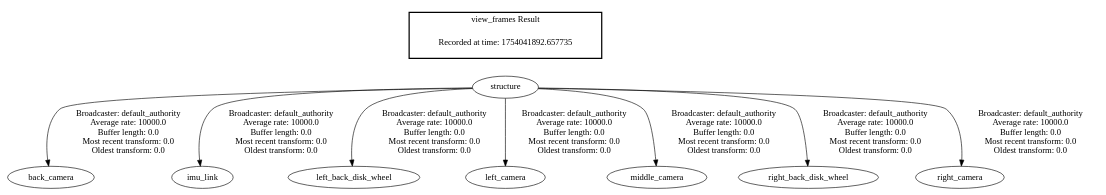
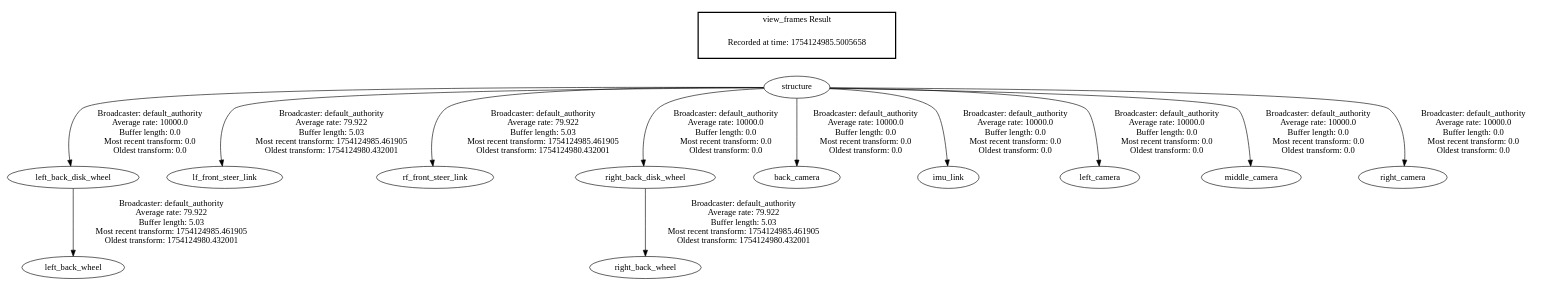
The diagram in frames.gv (sumin-2/erp42_ws), drawn with Graphviz before and after one commit. The commit also changed 224 other files, not shown here.

```diff
--- a/frames.gv
+++ b/frames.gv
@@ -1,13 +1,17 @@
 digraph G {
+"left_back_disk_wheel" -> "left_back_wheel"[label=" Broadcaster: default_authority\nAverage rate: 79.922\nBuffer length: 5.03\nMost recent transform: 1754124985.461905\nOldest transform: 1754124980.432001\n"];
+"structure" -> "left_back_disk_wheel"[label=" Broadcaster: default_authority\nAverage rate: 10000.0\nBuffer length: 0.0\nMost recent transform: 0.0\nOldest transform: 0.0\n"];
+"structure" -> "lf_front_steer_link"[label=" Broadcaster: default_authority\nAverage rate: 79.922\nBuffer length: 5.03\nMost recent transform: 1754124985.461905\nOldest transform: 1754124980.432001\n"];
+"structure" -> "rf_front_steer_link"[label=" Broadcaster: default_authority\nAverage rate: 79.922\nBuffer length: 5.03\nMost recent transform: 1754124985.461905\nOldest transform: 1754124980.432001\n"];
+"right_back_disk_wheel" -> "right_back_wheel"[label=" Broadcaster: default_authority\nAverage rate: 79.922\nBuffer length: 5.03\nMost recent transform: 1754124985.461905\nOldest transform: 1754124980.432001\n"];
+"structure" -> "right_back_disk_wheel"[label=" Broadcaster: default_authority\nAverage rate: 10000.0\nBuffer length: 0.0\nMost recent transform: 0.0\nOldest transform: 0.0\n"];
 "structure" -> "back_camera"[label=" Broadcaster: default_authority\nAverage rate: 10000.0\nBuffer length: 0.0\nMost recent transform: 0.0\nOldest transform: 0.0\n"];
 "structure" -> "imu_link"[label=" Broadcaster: default_authority\nAverage rate: 10000.0\nBuffer length: 0.0\nMost recent transform: 0.0\nOldest transform: 0.0\n"];
-"structure" -> "left_back_disk_wheel"[label=" Broadcaster: default_authority\nAverage rate: 10000.0\nBuffer length: 0.0\nMost recent transform: 0.0\nOldest transform: 0.0\n"];
 "structure" -> "left_camera"[label=" Broadcaster: default_authority\nAverage rate: 10000.0\nBuffer length: 0.0\nMost recent transform: 0.0\nOldest transform: 0.0\n"];
 "structure" -> "middle_camera"[label=" Broadcaster: default_authority\nAverage rate: 10000.0\nBuffer length: 0.0\nMost recent transform: 0.0\nOldest transform: 0.0\n"];
-"structure" -> "right_back_disk_wheel"[label=" Broadcaster: default_authority\nAverage rate: 10000.0\nBuffer length: 0.0\nMost recent transform: 0.0\nOldest transform: 0.0\n"];
 "structure" -> "right_camera"[label=" Broadcaster: default_authority\nAverage rate: 10000.0\nBuffer length: 0.0\nMost recent transform: 0.0\nOldest transform: 0.0\n"];
 edge [style=invis];
  subgraph cluster_legend { style=bold; color=black; label ="view_frames Result";
-"Recorded at time: 1754041892.657735"[ shape=plaintext ] ;
+"Recorded at time: 1754124985.5005658"[ shape=plaintext ] ;
 }->"structure";
 }
```
